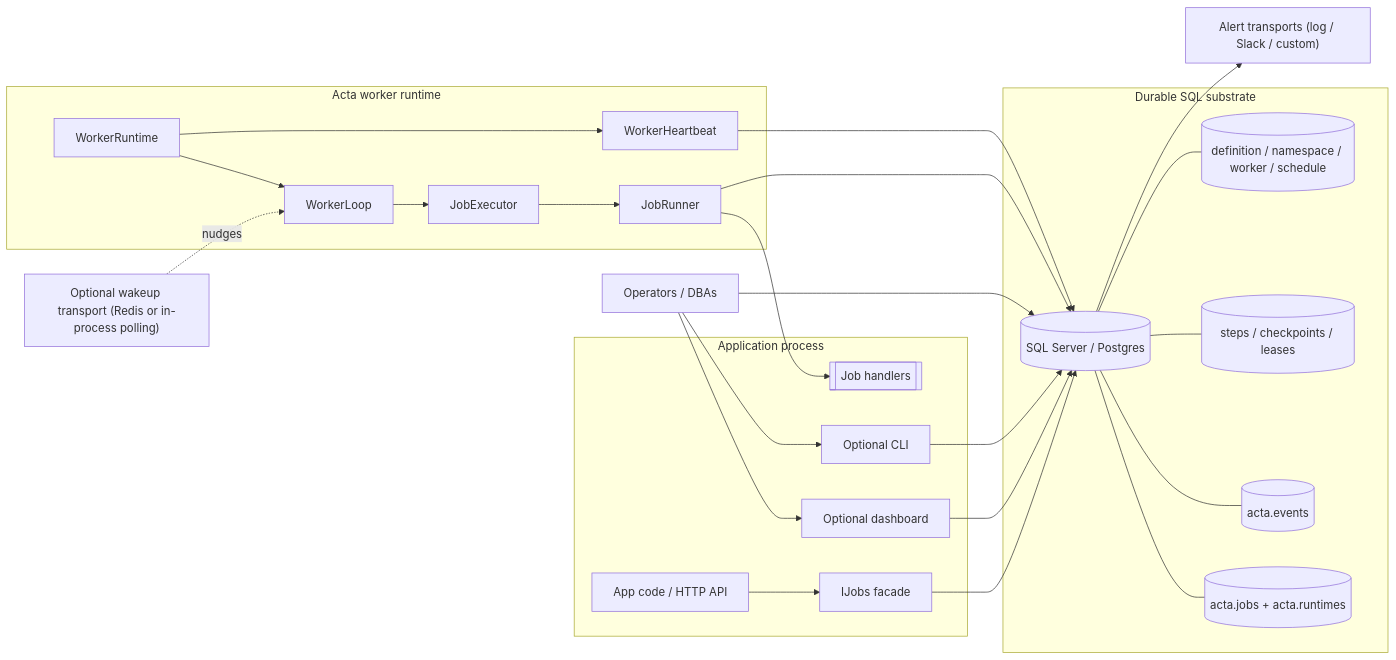
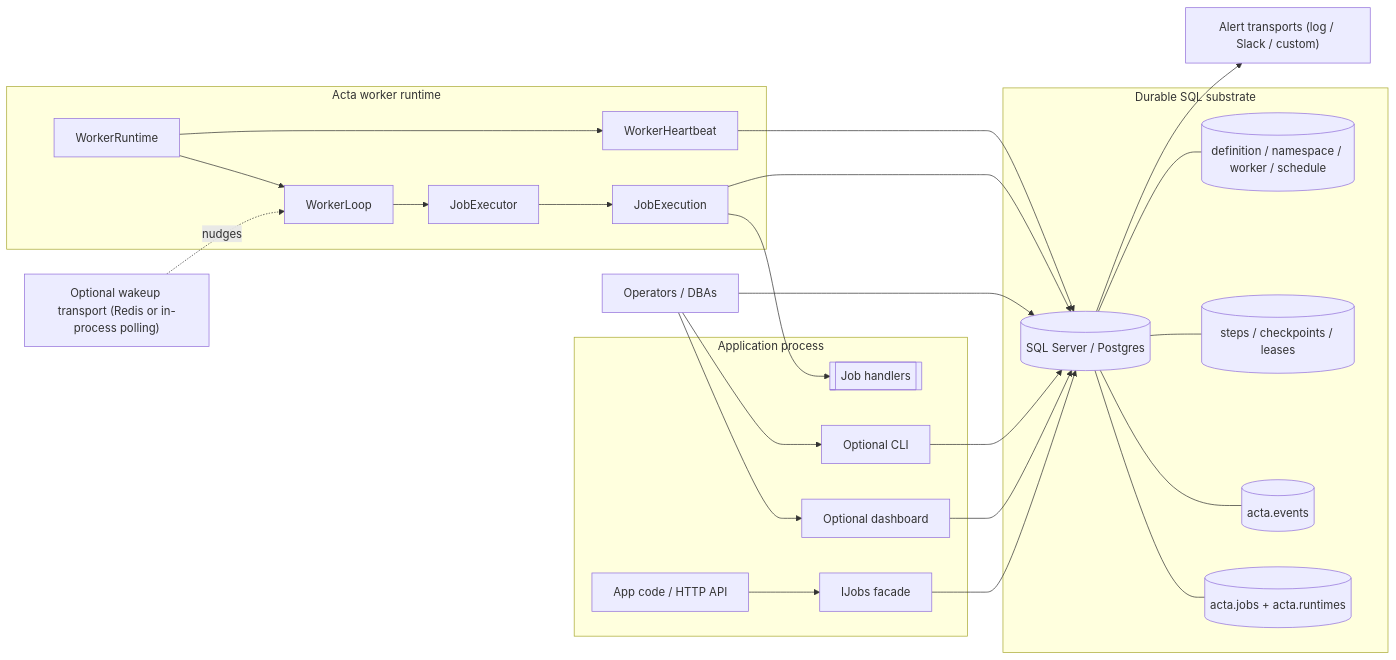
Before and after one commit to acta-dotnet/acta: the first of 6 diagrams in docs/technical/architecture-diagrams.md, drawn with Mermaid. The commit also changed other lines of this file and 14 other files, not shown here.

````diff
--- a/docs/technical/architecture-diagrams.md
+++ b/docs/technical/architecture-diagrams.md
@@ -23,51 +23,51 @@
 ```mermaid
 flowchart LR
     subgraph App[Application process]
         API[App code / HTTP API]
         Jobs[IJobs facade]
         Handlers[[Job handlers]]
         Dashboard[Optional dashboard]
         CLI[Optional CLI]
     end
 
     subgraph Runtime[Acta worker runtime]
         WorkerRuntime[WorkerRuntime]
         WorkerLoop[WorkerLoop]
         WorkerHeartbeat[WorkerHeartbeat]
         JobExecutor[JobExecutor]
-        JobRunner[JobRunner]
+        JobExecution[JobExecution]
     end
 
     subgraph Storage[Durable SQL substrate]
         DB[(SQL Server / Postgres)]
         JobTable[(acta.jobs + acta.runtimes)]
         EventTable[(acta.events)]
         Substrate[(steps / checkpoints / leases)]
         Catalog[(definition / namespace / worker / schedule)]
     end
 
     Wakeup["Optional wakeup transport (Redis or in-process polling)"]
     Alerts["Alert transports (log / Slack / custom)"]
     Operators[Operators / DBAs]
 
     API --> Jobs
     Jobs --> DB
     WorkerRuntime --> WorkerLoop
     WorkerRuntime --> WorkerHeartbeat
     WorkerLoop --> JobExecutor
-    JobExecutor --> JobRunner
-    JobRunner --> Handlers
-    JobRunner --> DB
+    JobExecutor --> JobExecution
+    JobExecution --> Handlers
+    JobExecution --> DB
     WorkerHeartbeat --> DB
     Wakeup -. nudges .-> WorkerLoop
     Dashboard --> DB
     CLI --> DB
     Operators --> Dashboard
     Operators --> CLI
     Operators --> DB
     DB --- JobTable
     DB --- EventTable
     DB --- Substrate
     DB --- Catalog
     DB --> Alerts
 ```
````
